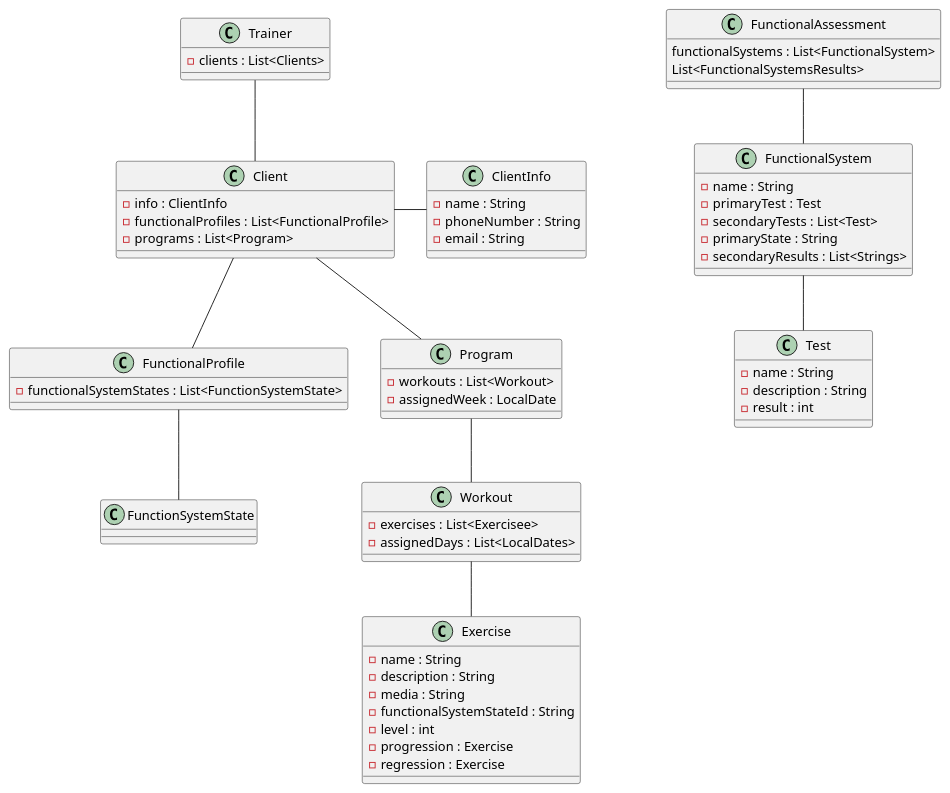
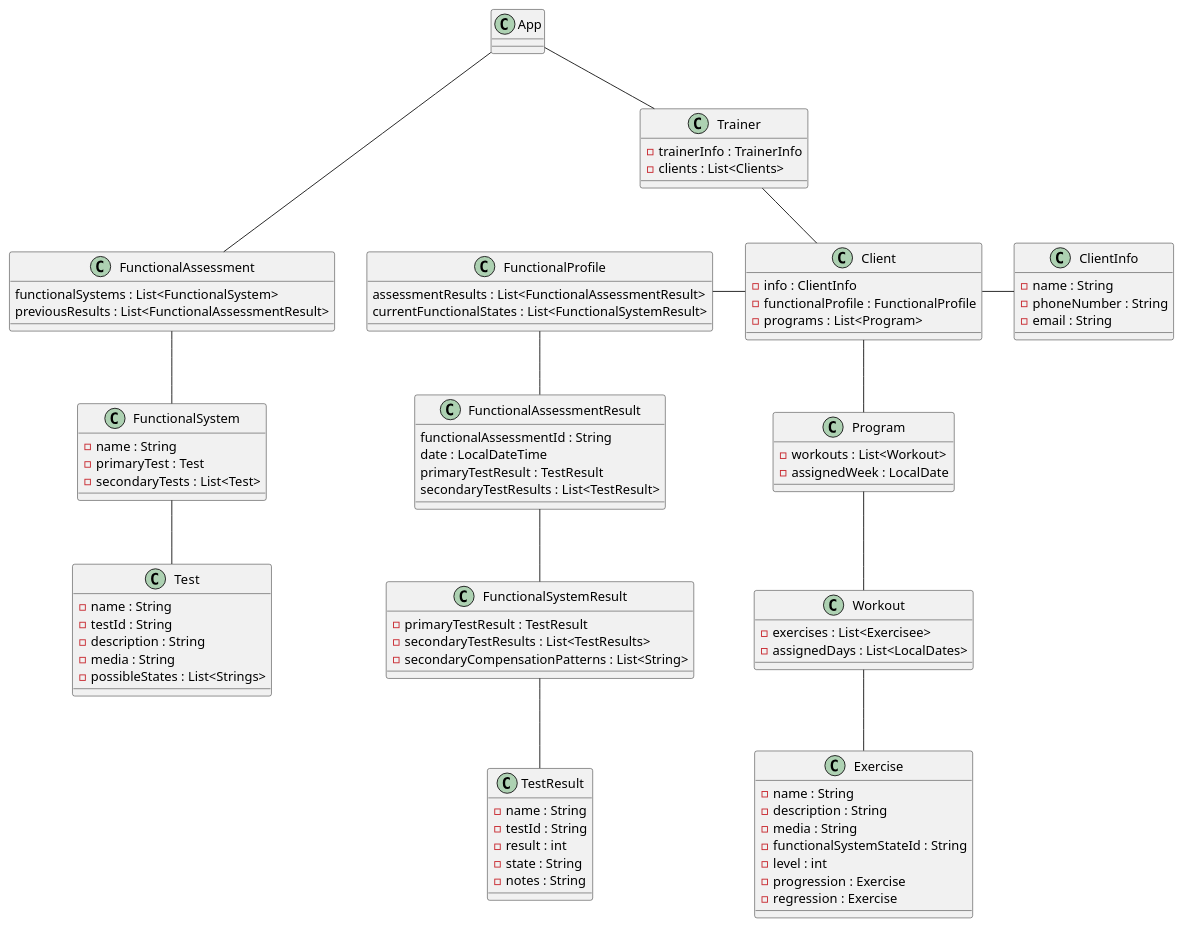
One commit to scottyinternet/musclesync changed the diagram in Resources/design.puml. Above: the diagram before and after it, drawn with PlantUML. The commit also changed 3 other files, not shown here.

```diff
--- a/Resources/design.puml
+++ b/Resources/design.puml
@@ -1,73 +1,100 @@
 @startuml
+class App {
+}
+App --- FunctionalAssessment
+App -- Trainer
+
+class FunctionalAssessment {
+    functionalSystems : List<FunctionalSystem>
+    previousResults : List<FunctionalAssessmentResult>
+}
+class FunctionalSystem {
+    - name : String
+    - primaryTest : Test
+    - secondaryTests : List<Test>
+}
+
+class Test {
+    - name : String
+    - testId : String
+    - description : String
+    - media : String
+    - possibleStates : List<Strings>
+}
+class FunctionalProfile {
+    assessmentResults : List<FunctionalAssessmentResult>
+    currentFunctionalStates : List<FunctionalSystemResult>
+
+}
+
+class FunctionalAssessmentResult {
+    functionalAssessmentId : String
+    date : LocalDateTime
+    primaryTestResult : TestResult
+    secondaryTestResults : List<TestResult>
+}
+class FunctionalSystemResult {
+   - primaryTestResult : TestResult
+   - secondaryTestResults : List<TestResults>
+   - secondaryCompensationPatterns : List<String>
+}
+class TestResult {
+    - name : String
+    - testId : String
+    - result : int
+    - state : String
+    - notes : String
+}
+FunctionalProfile -- FunctionalAssessmentResult
+FunctionalAssessmentResult -- FunctionalSystemResult
+FunctionalSystemResult --TestResult
+
 
 class Trainer {
+    - trainerInfo : TrainerInfo
     - clients : List<Clients>
 }
 
 class Client {
     - info : ClientInfo
-    - functionalProfiles : List<FunctionalProfile>
+    - functionalProfile : FunctionalProfile
     - programs : List<Program>
 }
 
 class ClientInfo {
     - name : String
     - phoneNumber : String
     - email : String
 }
-class FunctionalProfile {
-    - functionalSystemStates : List<FunctionSystemState>
-}
-class FunctionalAssessment {
-    functionalSystems : List<FunctionalSystem>
-    List<FunctionalSystemsResults>
-}
-class FunctionalSystem {
-    - name : String
-    - primaryTest : Test
-    - secondaryTests : List<Test>
-    - primaryState : String
-    - secondaryResults : List<Strings>
-}
-
-class Test {
-    - name : String
-    - description : String
-    - result : int
-}
-class FunctionSystemState {
-
-}
 
 Trainer -- Client
 Client - ClientInfo
-Client -- FunctionalProfile
+FunctionalProfile - Client
 Client -- Program
 FunctionalAssessment -- FunctionalSystem
 FunctionalSystem -- Test
-FunctionalProfile -- FunctionSystemState
 
 ' ----------------------------------- `
 
 class Program {
     - workouts : List<Workout>
     - assignedWeek : LocalDate
 }
 
 class Workout {
     - exercises : List<Exercisee>
     - assignedDays : List<LocalDates>
 }
 class Exercise {
     - name : String
     - description : String
     - media : String
     - functionalSystemStateId : String
     - level : int
     - progression : Exercise
     - regression : Exercise
 }
 Program -- Workout
 Workout -- Exercise
 
 @enduml
```
